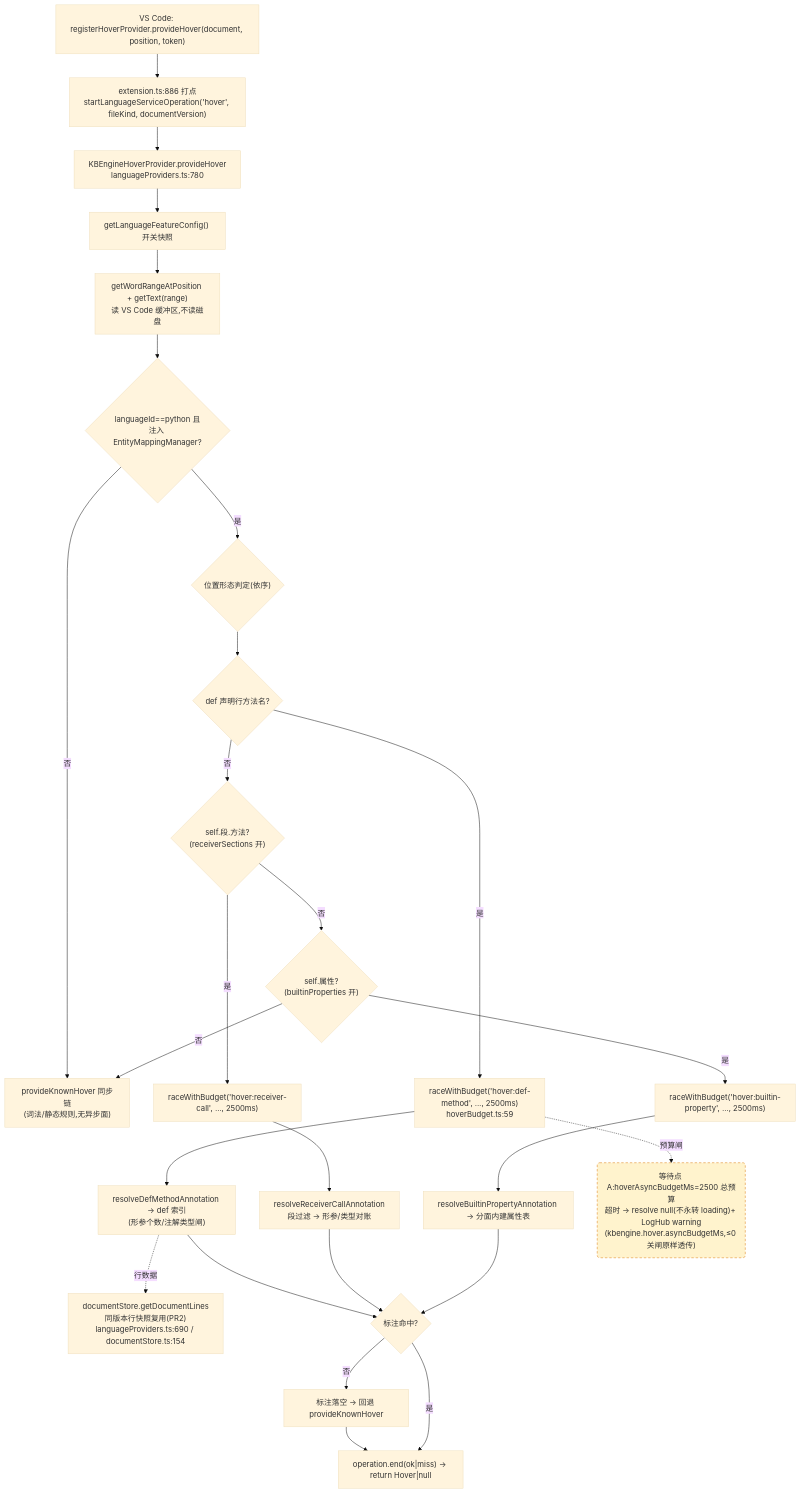
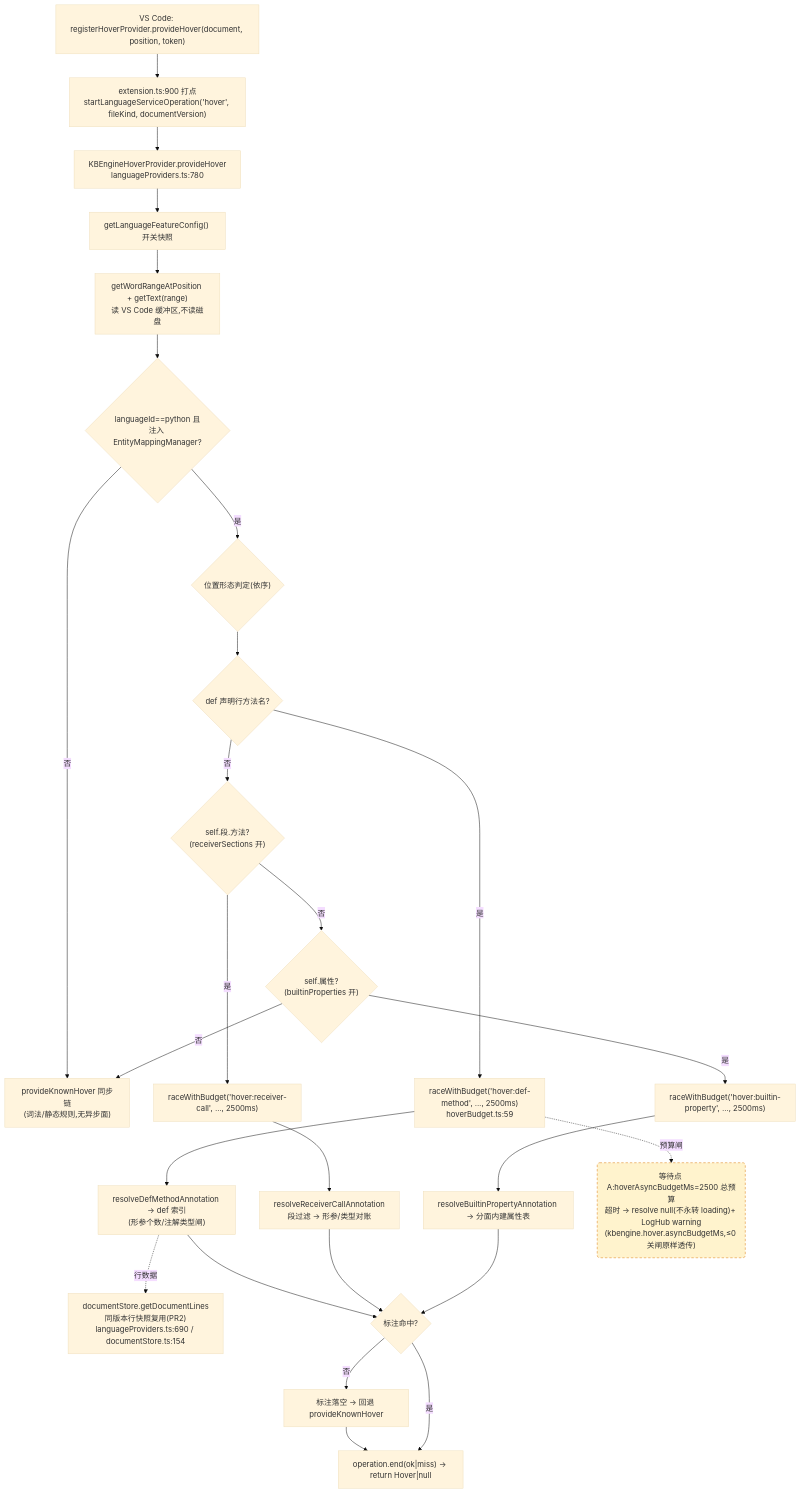
One commit to cuihairu/kode changed the first of 4 diagrams in docs/perf/2026-baseline.md. Above: the diagram before and after it, drawn with Mermaid (base theme). The commit also changed other lines of this file and 3 other files, not shown here.

````diff
--- a/docs/perf/2026-baseline.md
+++ b/docs/perf/2026-baseline.md
@@ -82,45 +82,45 @@
 ```mermaid
 flowchart TD
   VC1["VS Code: registerHoverProvider.provideHover(document, position, token)"]
-  M1["extension.ts:886 打点<br/>startLanguageServiceOperation('hover', fileKind, documentVersion)"]
+  M1["extension.ts:900 打点<br/>startLanguageServiceOperation('hover', fileKind, documentVersion)"]
   HP["KBEngineHoverProvider.provideHover<br/>languageProviders.ts:780"]
   CFG["getLanguageFeatureConfig() 开关快照"]
   WORD["getWordRangeAtPosition + getText(range)<br/>读 VS Code 缓冲区,不读磁盘"]
   BR{"languageId==python 且<br/>注入 EntityMappingManager?"}
   KN["provideKnownHover 同步链<br/>(词法/静态规则,无异步面)"]
   POS{"位置形态判定(依序)"}
   D1{"def 声明行方法名?"}
   D2{"self.段.方法?<br/>(receiverSections 开)"}
   D3{"self.属性?<br/>(builtinProperties 开)"}
   RA1["raceWithBudget('hover:def-method', …, 2500ms)<br/>hoverBudget.ts:59"]
   RA2["raceWithBudget('hover:receiver-call', …, 2500ms)"]
   RA3["raceWithBudget('hover:builtin-property', …, 2500ms)"]
   RS1["resolveDefMethodAnnotation → def 索引<br/>(形参个数/注解类型闸)"]
   RS2["resolveReceiverCallAnnotation<br/>段过滤 → 形参/类型对账"]
   RS3["resolveBuiltinPropertyAnnotation → 分面内建属性表"]
   LINES["documentStore.getDocumentLines<br/>同版本行快照复用(PR2)<br/>languageProviders.ts:690 / documentStore.ts:154"]
   MISS["标注落空 → 回退 provideKnownHover"]
   END1["operation.end(ok|miss) → return Hover|null"]
 
   VC1 --> M1 --> HP --> CFG --> WORD --> BR
   BR -- "否" --> KN
   BR -- "是" --> POS --> D1
   D1 -- "是" --> RA1 --> RS1
   D1 -- "否" --> D2
   D2 -- "是" --> RA2 --> RS2
   D2 -- "否" --> D3
   D3 -- "是" --> RA3 --> RS3
   D3 -- "否" --> KN
   RS1 --> HIT{"标注命中?"}
   RS2 --> HIT
   RS3 --> HIT
   RS1 -.->|行数据| LINES
   HIT -- "否" --> MISS --> END1
   HIT -- "是" --> END1
 
   WAITA("等待点 A:hoverAsyncBudgetMs=2500 总预算<br/>超时 → resolve null(不永转 loading)+ LogHub warning<br/>(kbengine.hover.asyncBudgetMs,≤0 关闸原样透传)")
   RA1 -.->|预算闸| WAITA
 
   classDef waitPoint fill:#fff3cd,stroke:#d97706,stroke-dasharray:5 4;
   class WAITA waitPoint;
 ```
````
